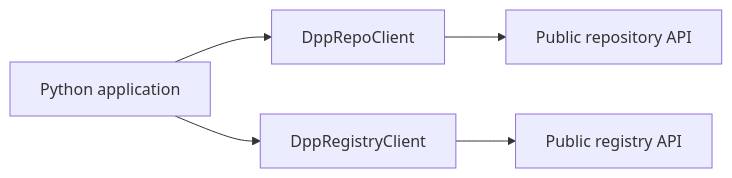
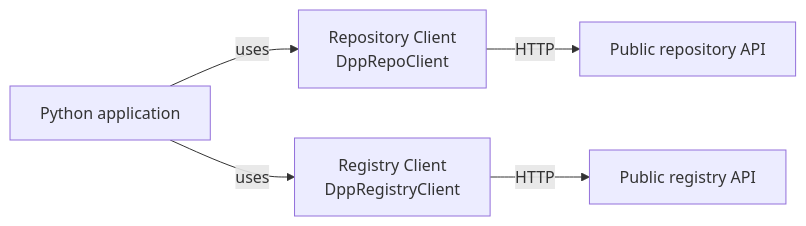
One commit to CIR4FUN-EU/python-dpp-sdk changed the diagram in docs/architecture/python-client-request-flow.mmd. Above: the diagram before and after it, drawn with Mermaid. The commit also changed 114 other files, not shown here.

```diff
--- a/docs/architecture/python-client-request-flow.mmd
+++ b/docs/architecture/python-client-request-flow.mmd
@@ -1,3 +1,5 @@
 flowchart LR
-  App["Python application"] --> Repo["DppRepoClient"] --> RepoApi["Public repository API"]
-  App --> Registry["DppRegistryClient"] --> RegistryApi["Public registry API"]
+  App["Python application"] -->|uses| Repo["Repository Client<br/>DppRepoClient"]
+  App -->|uses| Registry["Registry Client<br/>DppRegistryClient"]
+  Repo -->|HTTP| RepoApi["Public repository API"]
+  Registry -->|HTTP| RegistryApi["Public registry API"]
```
